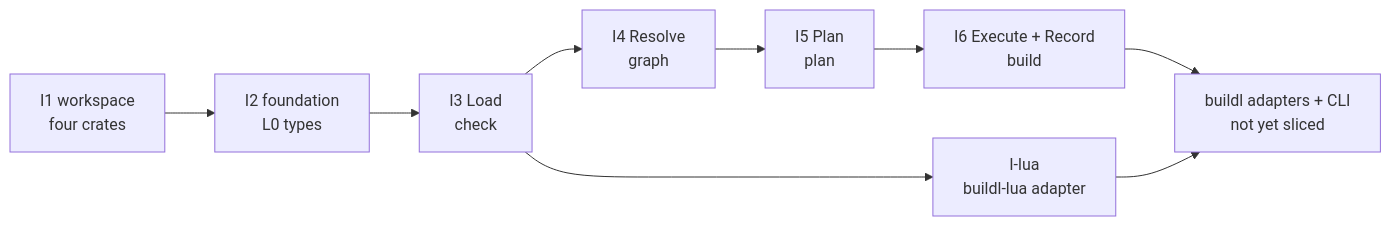
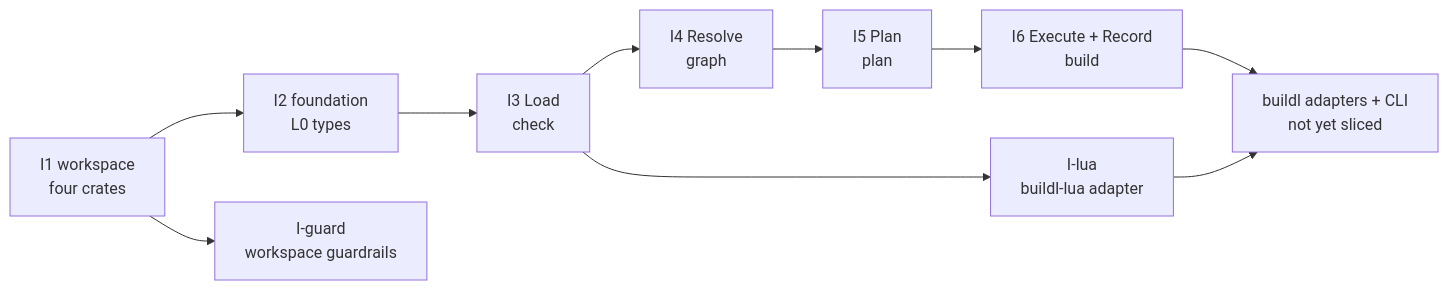
The second of 2 diagrams in docs/roadmap.md (airsstack/buildl), drawn with Mermaid before and after one commit. The commit also changed other lines of this file and 42 other files, not shown here.

First line of the commit message:
Workspace guardrails and buildl-core's domain foundation (#3)

````diff
--- a/docs/roadmap.md
+++ b/docs/roadmap.md
@@ -49,12 +49,13 @@
 ```mermaid
 %% Milestone 1 — intent ladder; arrows point from a slice to the slice that needs it
 graph LR
     I1["I1 workspace<br/>four crates"] --> I2["I2 foundation<br/>L0 types"]
+    I1 --> IG["I-guard<br/>workspace guardrails"]
     I2 --> I3["I3 Load<br/>check"]
     I3 --> I4["I4 Resolve<br/>graph"]
     I4 --> I5["I5 Plan<br/>plan"]
     I5 --> I6["I6 Execute + Record<br/>build"]
     I3 --> ILUA["I-lua<br/>buildl-lua adapter"]
     I6 --> ADP["buildl adapters + CLI<br/>not yet sliced"]
     ILUA --> ADP
 ```
````
